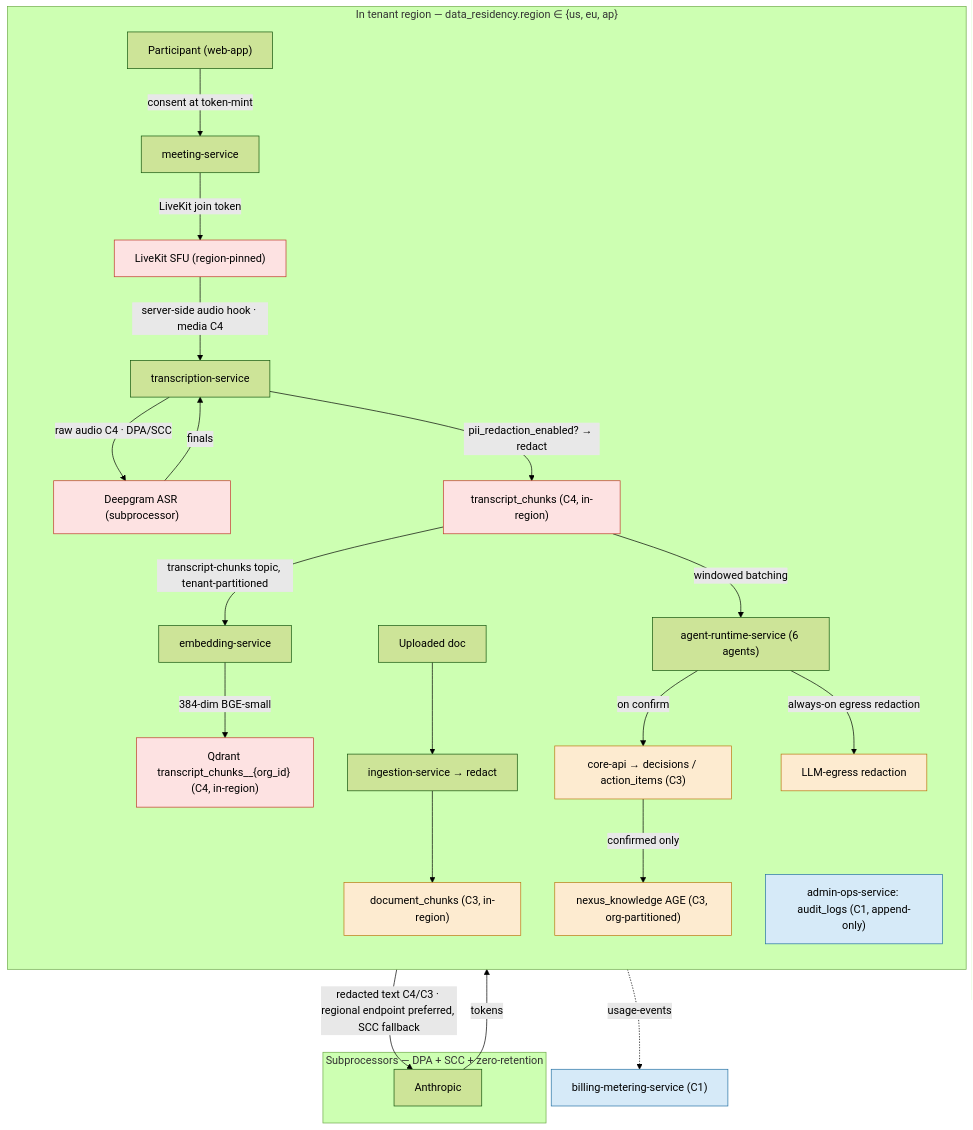
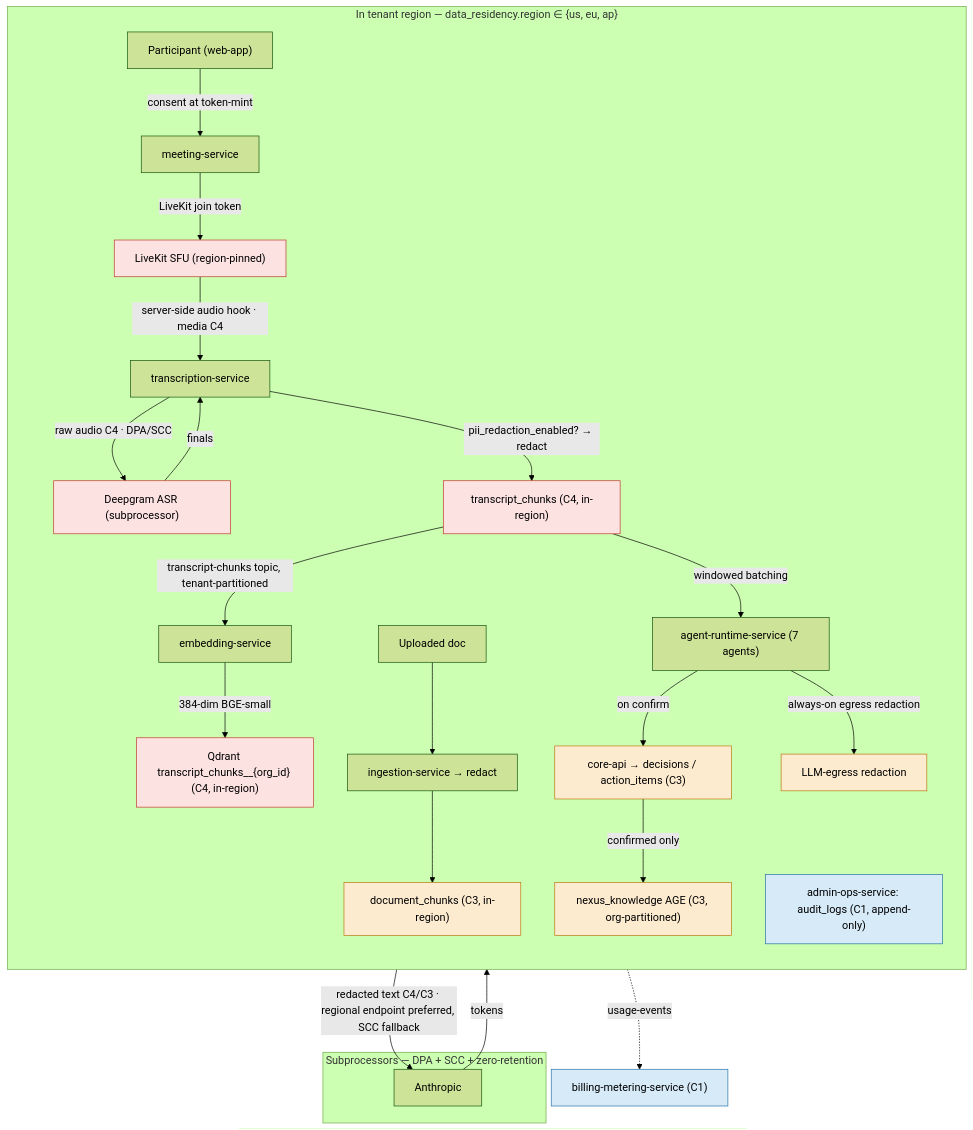
One commit to Mytheus-AI/mytheus-docs changed the eighth of 8 diagrams in 12-compliance-and-privacy.md. Above: the diagram before and after it, drawn with Mermaid (forest theme). The commit also changed 17 other files, not shown here.

````diff
--- a/12-compliance-and-privacy.md
+++ b/12-compliance-and-privacy.md
@@ -331,33 +331,33 @@
 ```mermaid
 flowchart TB
   subgraph TENANT["In tenant region — data_residency.region ∈ {us, eu, ap}"]
     direction TB
     P["Participant (web-app)"] -->|consent at token-mint| MEET["meeting-service"]
     MEET -->|LiveKit join token| LK["LiveKit SFU (region-pinned)"]
     LK -->|server-side audio hook · media C4| TRANS["transcription-service"]
     TRANS -->|raw audio C4 · DPA/SCC| DG["Deepgram ASR (subprocessor)"]
     DG -->|finals| TRANS
     TRANS -->|"pii_redaction_enabled? → redact"| TC["transcript_chunks (C4, in-region)"]
     TC -->|transcript-chunks topic, tenant-partitioned| EMB["embedding-service"]
     EMB -->|384-dim BGE-small| QD["Qdrant transcript_chunks__{org_id} (C4, in-region)"]
-    TC -->|windowed batching| AGENT["agent-runtime-service (6 agents)"]
+    TC -->|windowed batching| AGENT["agent-runtime-service (7 agents)"]
     DOCIN["Uploaded doc"] --> ING["ingestion-service → redact"] --> DC["document_chunks (C3, in-region)"]
     AGENT -->|on confirm| CORE["core-api → decisions / action_items (C3)"]
     CORE -->|confirmed only| KG["nexus_knowledge AGE (C3, org-partitioned)"]
     AGENT -->|always-on egress redaction| REDX["LLM-egress redaction"]
     AUD["admin-ops-service: audit_logs (C1, append-only)"]
   end
   subgraph SUBPROC["Subprocessors — DPA + SCC + zero-retention"]
     LLM["Anthropic"]
   end
   REDX -->|"redacted text C4/C3 · regional endpoint preferred, SCC fallback"| LLM
   LLM -->|tokens| AGENT
   AGENT -.->|usage-events| BILL["billing-metering-service (C1)"]
 
   classDef c4 fill:#fde2e2,stroke:#c0392b;
   classDef c3 fill:#fdebd0,stroke:#b9770e;
   classDef c1 fill:#d6eaf8,stroke:#2471a3;
   class TC,QD,DG,LK c4;
   class DC,CORE,KG,REDX c3;
   class AUD,BILL c1;
 ```
````
